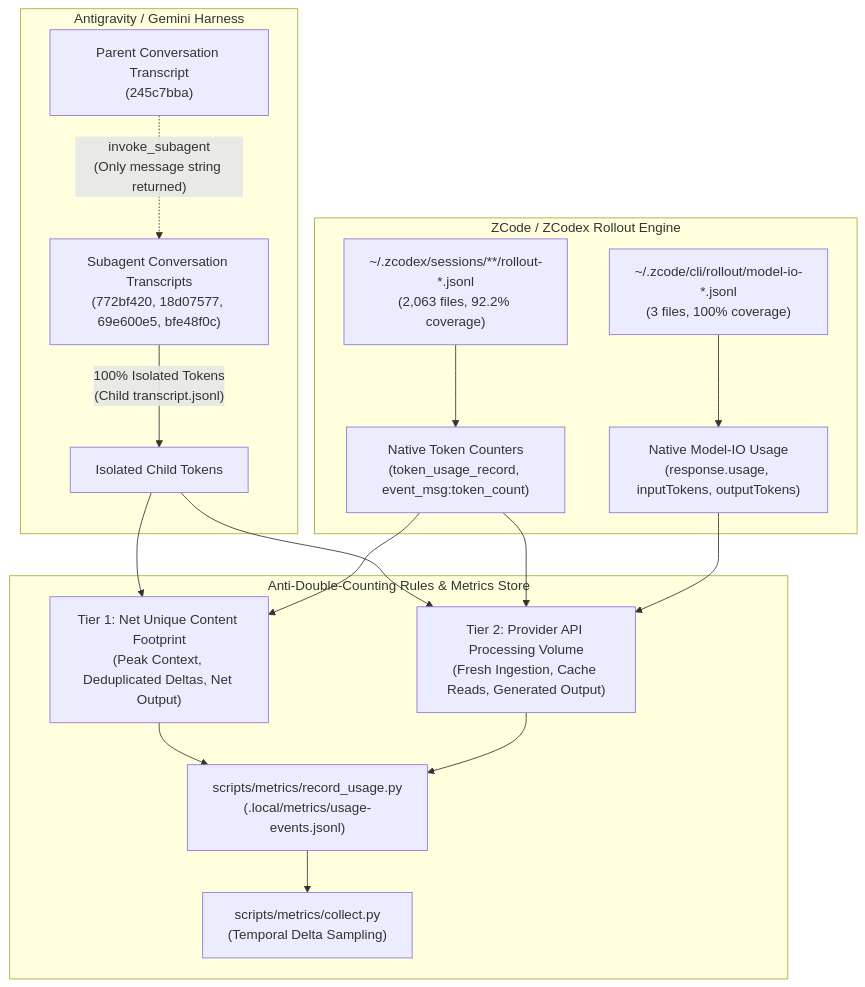
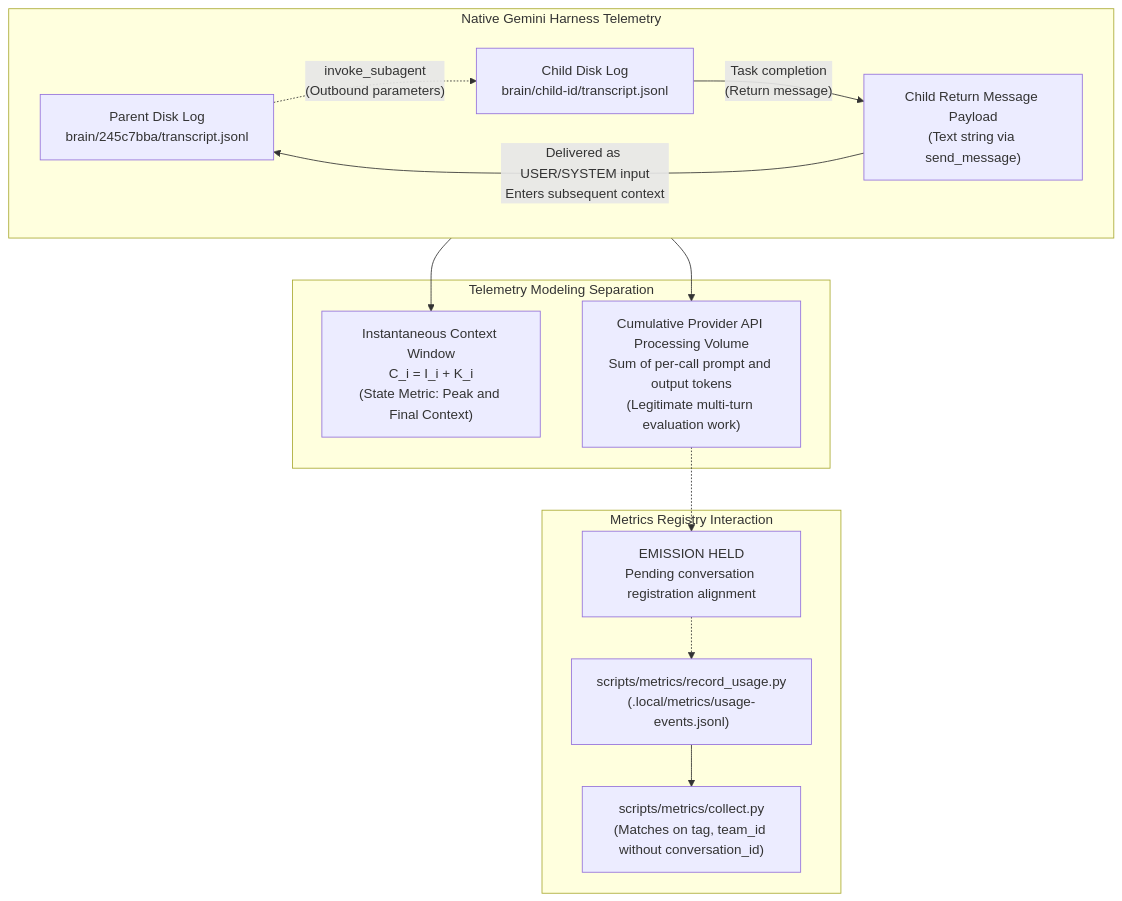
One commit to alexeygrigorev/cloudflare-agent-git changed the first of 2 diagrams in research/antigravity/reviews/USAGE-COVERAGE-RECEIPT.md. Above: the diagram before and after it, drawn with Mermaid. The commit also changed other lines of this file and 3 other files, not shown here.

Commit message:
docs(recovery): deliver RUNBOOK-COMPATIBILITY-PATCH.md and revised USAGE-COVERAGE-RECEIPT.md per C1700-C1717

````diff
--- a/research/antigravity/reviews/USAGE-COVERAGE-RECEIPT.md
+++ b/research/antigravity/reviews/USAGE-COVERAGE-RECEIPT.md
@@ -18,32 +20,29 @@
 ```mermaid
 flowchart TD
-    subgraph AntigravityGemini["Antigravity / Gemini Harness"]
-        ParentConv["Parent Conversation Transcript<br/>(245c7bba)"]
-        SubagentConv["Subagent Conversation Transcripts<br/>(772bf420, 18d07577, 69e600e5, bfe48f0c)"]
-        ParentConv -.->|"invoke_subagent<br/>(Only message string returned)"| SubagentConv
-        SubagentConv -->|"100% Isolated Tokens<br/>(Child transcript.jsonl)"| ChildTokens["Isolated Child Tokens"]
+    subgraph GeminiHarness["Native Gemini Harness Telemetry"]
+        ParentDisk["Parent Disk Log<br/>brain/245c7bba/transcript.jsonl"]
+        ChildDisk["Child Disk Log<br/>brain/child-id/transcript.jsonl"]
+        ChildReturn["Child Return Message Payload<br/>(Text string via send_message)"]
+        
+        ParentDisk -.->|"invoke_subagent<br/>(Outbound parameters)"| ChildDisk
+        ChildDisk -->|"Task completion<br/>(Return message)"| ChildReturn
+        ChildReturn -->|"Delivered as USER/SYSTEM input<br/>Enters subsequent context"| ParentDisk
     end
 
-    subgraph ZCodeTelemetry["ZCode / ZCodex Rollout Engine"]
-        ZCodexRollout["~/.zcodex/sessions/**/rollout-*.jsonl<br/>(2,063 files, 92.2% coverage)"]
-        ZCodeRollout["~/.zcode/cli/rollout/model-io-*.jsonl<br/>(3 files, 100% coverage)"]
-        ZCodexRollout --> NativeCounters["Native Token Counters<br/>(token_usage_record, event_msg:token_count)"]
-        ZCodeRollout --> NativeModelIO["Native Model-IO Usage<br/>(response.usage, inputTokens, outputTokens)"]
+    subgraph TelemetryModeling["Telemetry Modeling Separation"]
+        Instantaneous["Instantaneous Context Window<br/>C_i = I_i + K_i<br/>(State Metric: Peak and Final Context)"]
+        Cumulative["Cumulative Provider API Processing Volume<br/>Sum of per-call prompt and output tokens<br/>(Legitimate multi-turn evaluation work)"]
     end
 
-    subgraph AntiDoubleCountingEngine["Anti-Double-Counting Rules & Metrics Store"]
-        Tier1["Tier 1: Net Unique Content Footprint<br/>(Peak Context, Deduplicated Deltas, Net Output)"]
-        Tier2["Tier 2: Provider API Processing Volume<br/>(Fresh Ingestion, Cache Reads, Generated Output)"]
-        Registry["scripts/metrics/record_usage.py<br/>(.local/metrics/usage-events.jsonl)"]
-        Collector["scripts/metrics/collect.py<br/>(Temporal Delta Sampling)"]
+    subgraph MetricsRegistry["Metrics Registry Interaction"]
+        CollectPy["scripts/metrics/collect.py<br/>(Matches on tag, team_id without conversation_id)"]
+        RecordUsage["scripts/metrics/record_usage.py<br/>(.local/metrics/usage-events.jsonl)"]
+        EmissionHold["EMISSION HELD<br/>Pending conversation registration alignment"]
     end
 
-    ChildTokens --> Tier1
-    ChildTokens --> Tier2
-    NativeCounters --> Tier1
-    NativeCounters --> Tier2
-    NativeModelIO --> Tier2
-    Tier1 --> Registry
-    Tier2 --> Registry
-    Registry --> Collector
+    GeminiHarness --> Instantaneous
+    GeminiHarness --> Cumulative
+    Cumulative -.-> EmissionHold
+    EmissionHold -.-> RecordUsage
+    RecordUsage --> CollectPy
 ```
````
